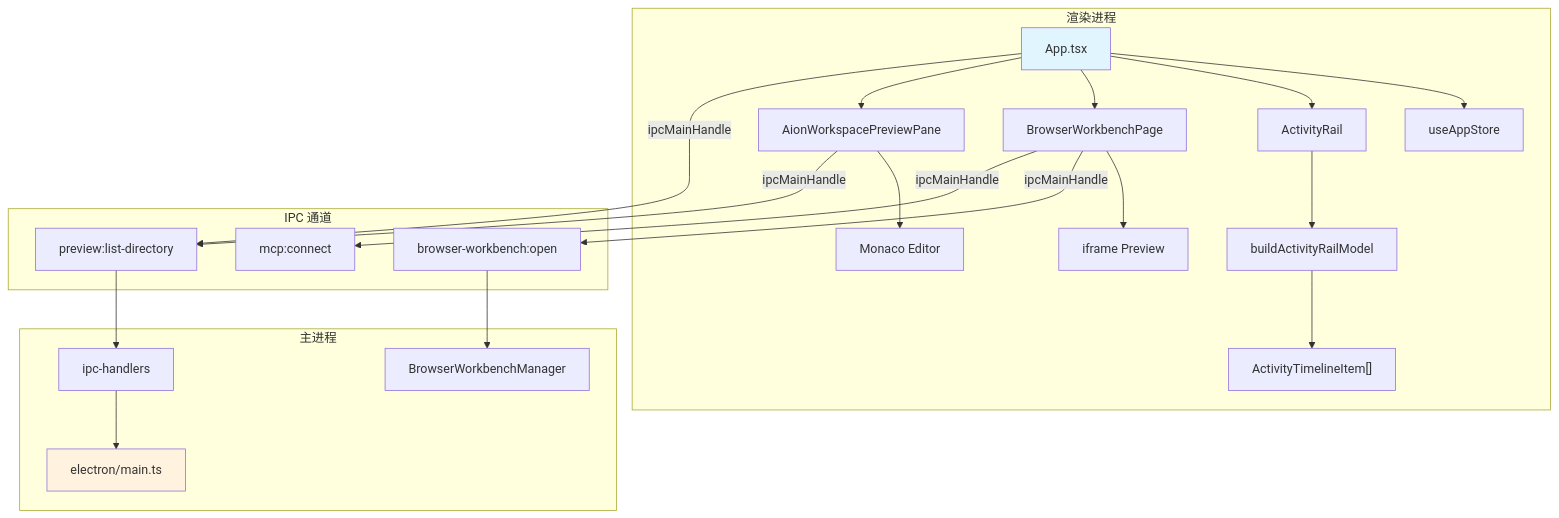
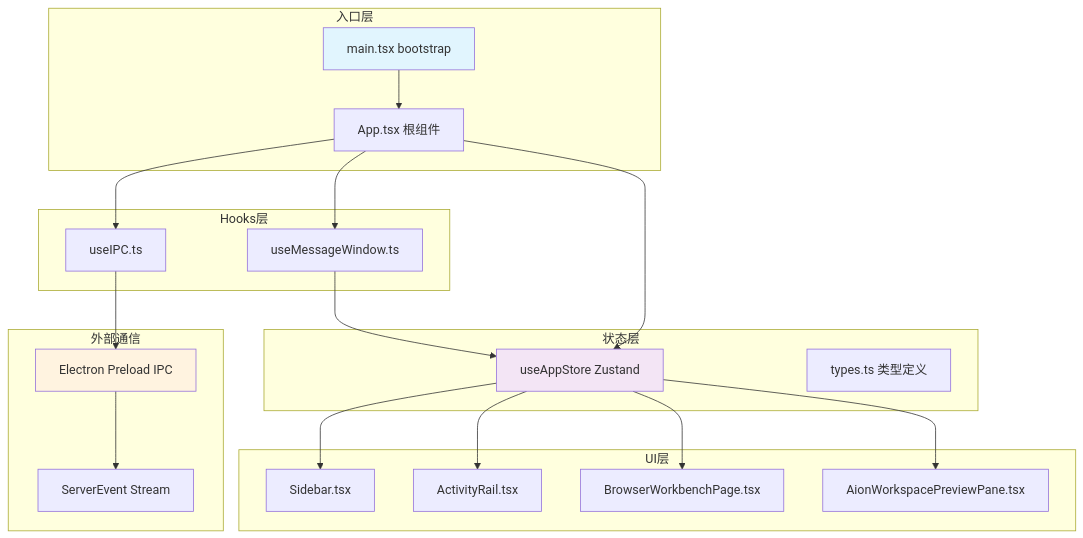
Before and after one commit to lst016/tech-cc-hub: the diagram in .tech/repowiki/zh/content/核心模块规格/前端 Shell 与组件总览.md, drawn with Mermaid. The commit also changed other lines of this file and 195 other files, not shown here.

````diff
--- a/.tech/repowiki/zh/content/核心模块规格/前端 Shell 与组件总览.md
+++ b/.tech/repowiki/zh/content/核心模块规格/前端 Shell 与组件总览.md
@@ -572,36 +87,45 @@
 ```mermaid
-flowchart TB
-    subgraph Renderer["渲染进程"]
-        A[App.tsx] --> B[useAppStore]
-        A --> C[ActivityRail]
-        A --> D[BrowserWorkbenchPage]
-        A --> E[AionWorkspacePreviewPane]
-        C --> F["buildActivityRailModel"]
-        F --> G["ActivityTimelineItem[]"]
-        D --> H[iframe Preview]
-        E --> I[Monaco Editor]
+flowchart TD
+    subgraph 入口层
+        M[main.tsx bootstrap]
+        A[App.tsx 根组件]
     end
 
-    subgraph IPC["IPC 通道"]
-        J["preview:list-directory"]
-        K["browser-workbench:open"]
-        L["mcp:connect"]
+    subgraph 状态层
+        S[useAppStore Zustand]
+        T[types.ts 类型定义]
     end
 
-    subgraph Main["主进程"]
-        M["electron/main.ts"]
-        N["BrowserWorkbenchManager"]
-        O["ipc-handlers"]
+    subgraph UI层
+        SB[Sidebar.tsx]
+        AR[ActivityRail.tsx]
+        BP[BrowserWorkbenchPage.tsx]
+        PV[AionWorkspacePreviewPane.tsx]
     end
 
-    A -->|ipcMainHandle| J
-    E -->|ipcMainHandle| J
-    D -->|ipcMainHandle| K
-    D -->|ipcMainHandle| L
-    J --> O
-    K --> N
-    O --> M
+    subgraph Hooks层
+        IPC[useIPC.ts]
+        MW[useMessageWindow.ts]
+    end
 
-    style A fill:#e1f5fe
-    style M fill:#fff3e0
+    subgraph 外部通信
+        EP[Electron Preload IPC]
+        SE[ServerEvent Stream]
+    end
+
+    M --> A
+    A --> S
+    A --> IPC
+    A --> MW
+    IPC --> EP
+    MW --> S
+    S --> SB
+    S --> AR
+    S --> BP
+    S --> PV
+    EP --> SE
+
+    style M fill:#e1f5fe
+    style S fill:#f3e5f5
+    style EP fill:#fff3e0
 ```
````
